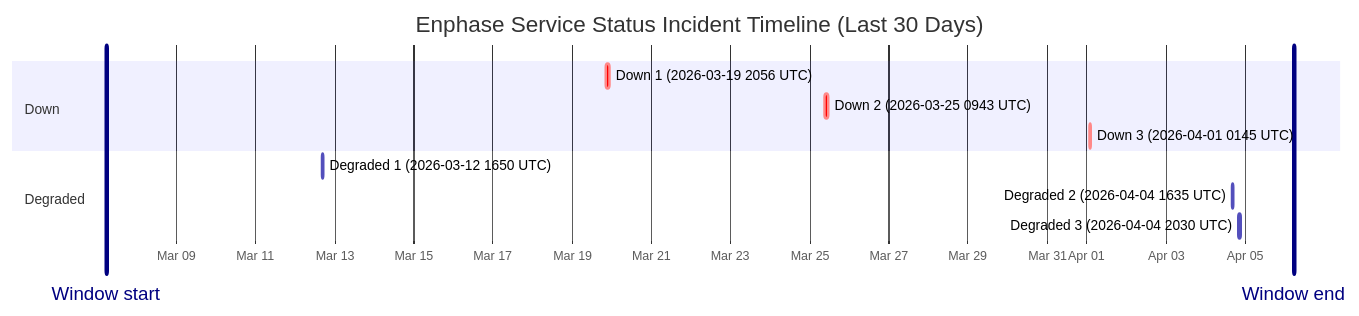
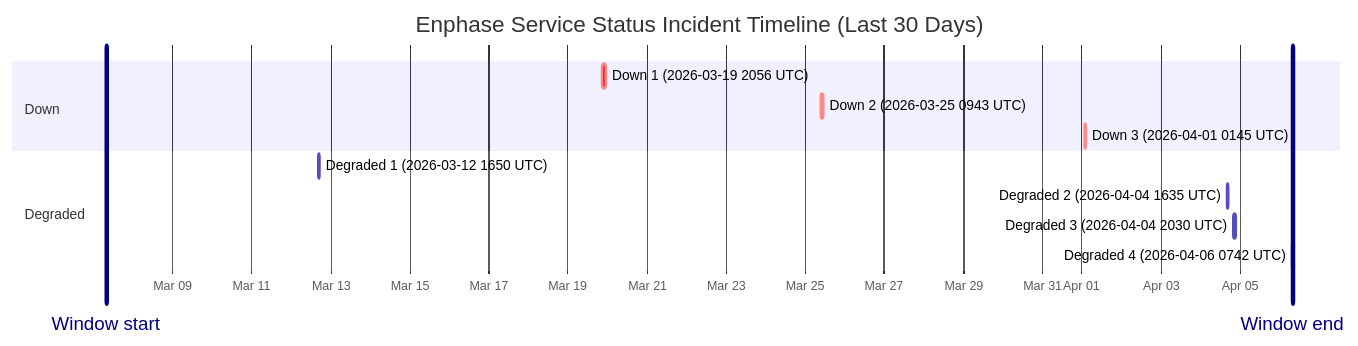
Before and after one commit to barneyonline/ha-enphase-ev-charger: the diagram in wiki/Service-Status-History.md, drawn with Mermaid. The commit also changed other lines of this file and 4 other files, not shown here.

````diff
--- a/wiki/Service-Status-History.md
+++ b/wiki/Service-Status-History.md
@@ -14,16 +14,17 @@
 ```mermaid
 gantt
     title Enphase Service Status Incident Timeline (Last 30 Days)
     dateFormat  YYYY-MM-DDTHH:mm:ss
     axisFormat  %b %d
-    Window start :vert, window-start, 2026-03-07T05:37:06, 0ms
-    Window end :vert, window-end, 2026-04-06T05:37:06, 0ms
+    Window start :vert, window-start, 2026-03-07T07:42:09, 0ms
+    Window end :vert, window-end, 2026-04-06T07:42:09, 0ms
     section Down
     Down 1 (2026-03-19 2056 UTC) :crit, down-1, 2026-03-19T20:56:20, 145m
     Down 2 (2026-03-25 0943 UTC) :crit, down-2, 2026-03-25T09:43:28, 111m
     Down 3 (2026-04-01 0145 UTC) :crit, down-3, 2026-04-01T01:45:09, 60m
     section Degraded
     Degraded 1 (2026-03-12 1650 UTC) :active, degraded-1, 2026-03-12T16:50:43, 60m
     Degraded 2 (2026-04-04 1635 UTC) :active, degraded-2, 2026-04-04T16:35:17, 60m
     Degraded 3 (2026-04-04 2030 UTC) :active, degraded-3, 2026-04-04T20:30:40, 60m
+    Degraded 4 (2026-04-06 0742 UTC) :active, degraded-4, 2026-04-06T07:42:09, 60m
 ```
````
